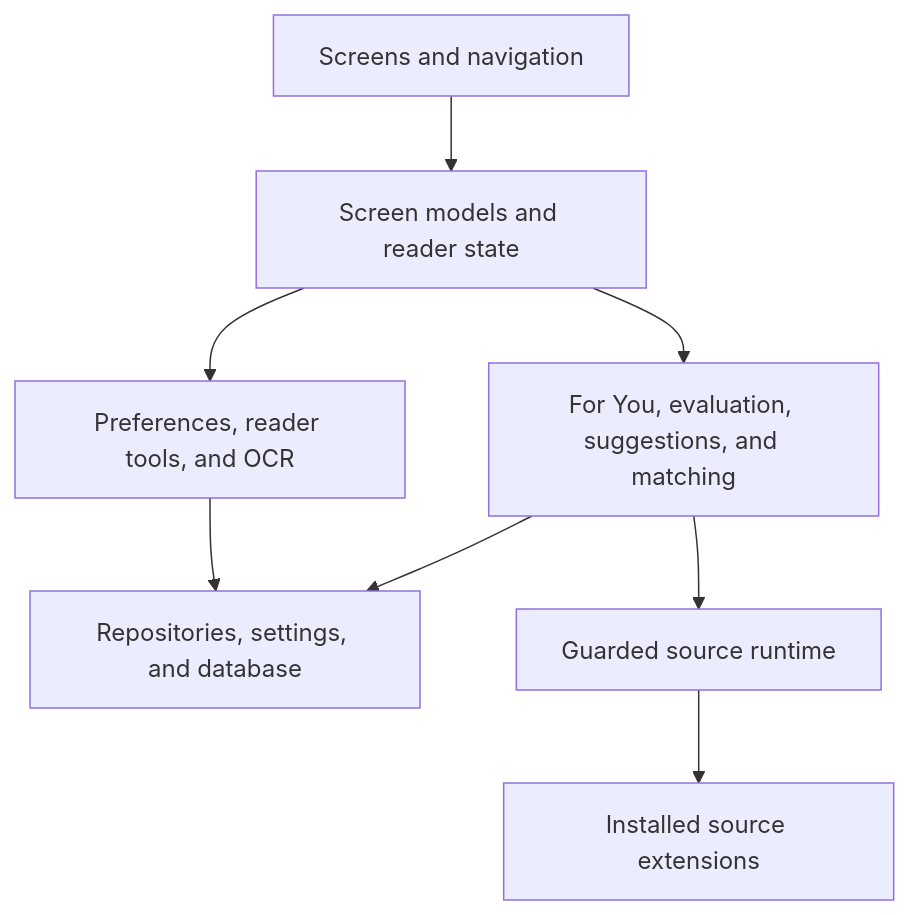
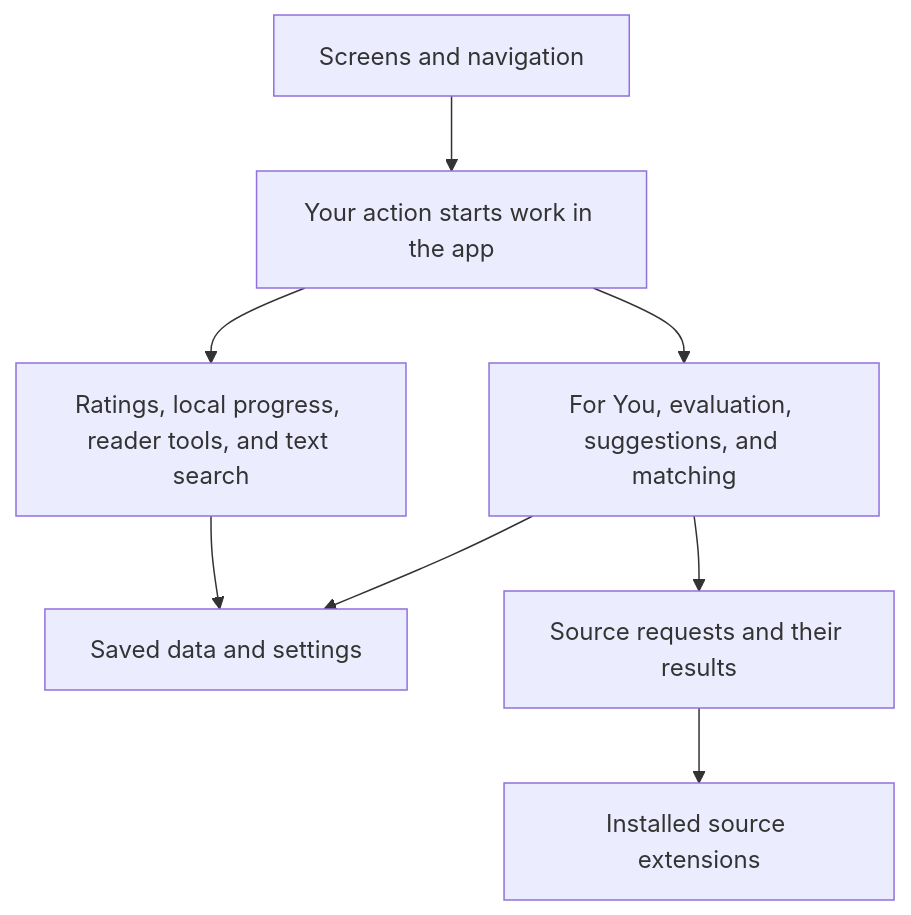
The second of 6 diagrams in docs/kmk/how-kmk-works.md (FancyCorey/komikku-fc), drawn with Mermaid before and after one commit. The commit also changed other lines of this file and 16 other files, not shown here.

````diff
--- a/docs/kmk/how-kmk-works.md
+++ b/docs/kmk/how-kmk-works.md
@@ -23,10 +23,10 @@
 ```mermaid
 flowchart TD
-    Screens["Screens and navigation"] --> Owners["Screen models and reader state"]
-    Owners --> Local["Preferences, reader tools, and OCR"]
-    Owners --> SourceWork["For You, evaluation, suggestions, and matching"]
-    Local --> Storage["Repositories, settings, and database"]
-    SourceWork --> Runtime["Guarded source runtime"]
-    Runtime --> Extensions["Installed source extensions"]
+    Screens["Screens and navigation"] --> Action["Your action starts work in the app"]
+    Action --> Local["Ratings, local progress, reader tools, and text search"]
+    Action --> SourceWork["For You, evaluation, suggestions, and matching"]
+    Local --> Storage["Saved data and settings"]
+    SourceWork --> Requests["Source requests and their results"]
+    Requests --> Extensions["Installed source extensions"]
     SourceWork --> Storage
 ```
````
